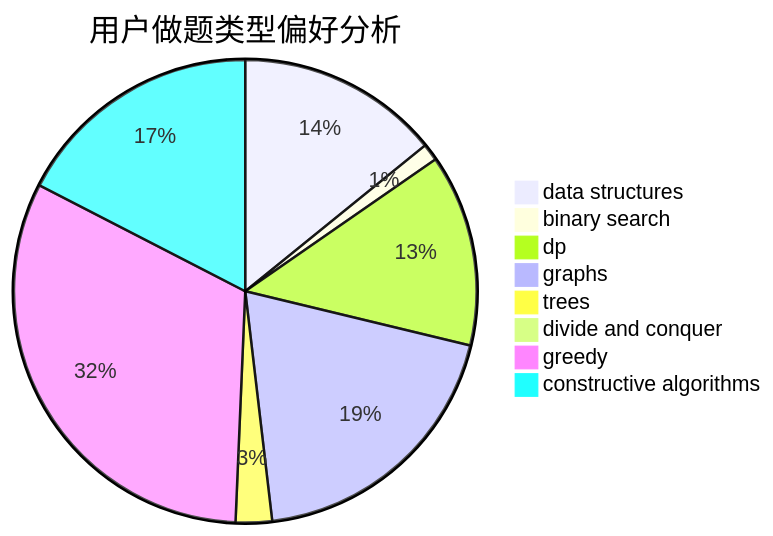
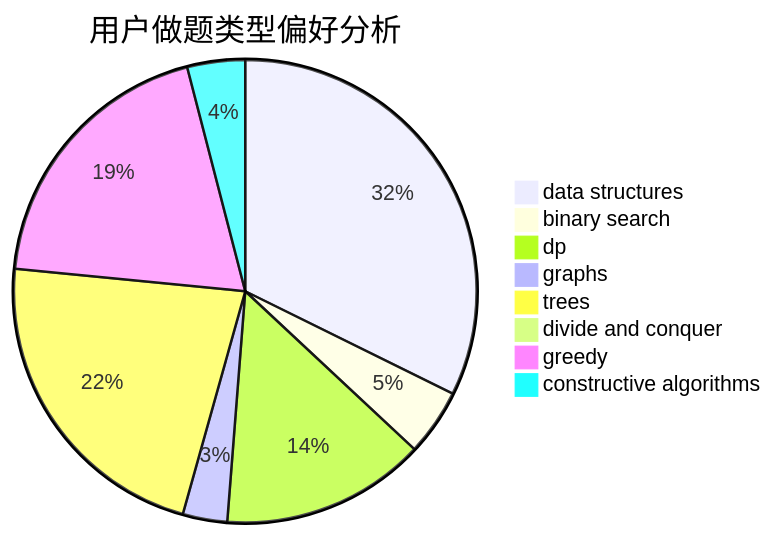
Before and after one commit to sherpahu/cfrs.github.io: the second of 3 diagrams in docs/user/u1236.md, drawn with Mermaid. The commit also changed other lines of this file and 2770 other files, not shown here.

````diff
--- a/docs/user/u1236.md
+++ b/docs/user/u1236.md
@@ -23,11 +23,11 @@
 ```mermaid
 pie title 用户做题类型偏好分析
-    "data structures" :  95
-    "binary search" :  8
-    "dp" :  90
-    "graphs" :  130
-    "trees" :  17
+    "data structures" :  208
+    "binary search" :  30
+    "dp" :  92
+    "graphs" :  20
+    "trees" :  143
     "divide and conquer" :  0
-    "greedy" :  214
-    "constructive algorithms" :  117
+    "greedy" :  125
+    "constructive algorithms" :  26
 ```
````
